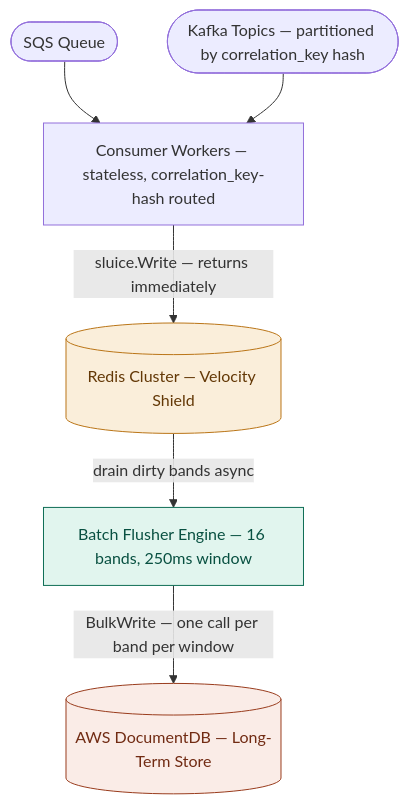
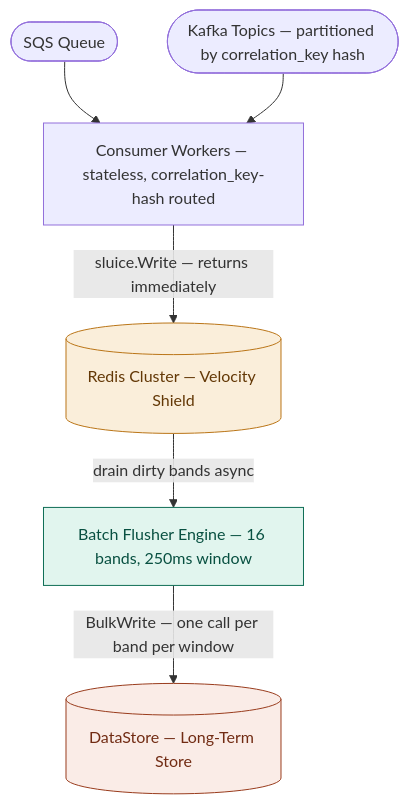
The second of 15 diagrams in README.md (hussainpithawala/sluice-go), drawn with Mermaid before and after one commit. The commit also changed other lines of this file and 1 other file, not shown here.

````diff
--- a/README.md
+++ b/README.md
@@ -52,19 +57,19 @@
 ```mermaid
 flowchart TD
     SQS(["SQS Queue"])
     KAF(["Kafka Topics — partitioned by correlation_key hash"])
     CON["Consumer Workers — stateless, correlation_key-hash routed"]
     RED[("Redis Cluster — Velocity Shield")]
     ENG["Batch Flusher Engine — 16 bands, 250ms window"]
-    DB[("AWS DocumentDB — Long-Term Store")]
+    DB[("DataStore — Long-Term Store")]
 
     SQS --> CON
     KAF --> CON
     CON -->|"sluice.Write — returns immediately"| RED
     RED -->|drain dirty bands async| ENG
     ENG -->|"BulkWrite — one call per band per window"| DB
 
     style RED fill:#FAEEDA,stroke:#BA7517,color:#633806
     style ENG fill:#E1F5EE,stroke:#0F6E56,color:#085041
     style DB  fill:#FAECE7,stroke:#993C1D,color:#712B13
 ```
````
